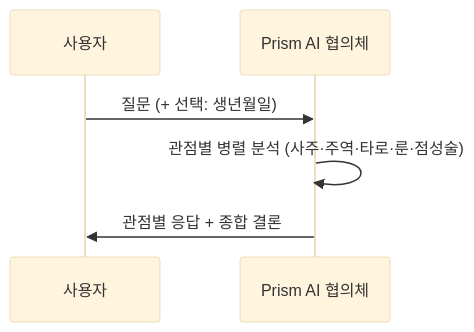
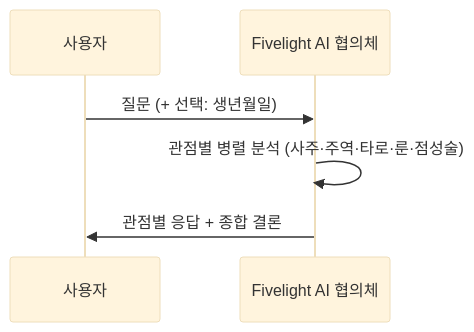
Before and after one commit to Divination-Hub/.github: the second of 2 diagrams in profile/README.md, drawn with Mermaid (base theme). The commit also changed other lines of this file, not shown here.

Commit message:
docs: 앱 이름 Prism → Fivelight (#2)

````diff
--- a/profile/README.md
+++ b/profile/README.md
@@ -29,8 +29,8 @@
 ```mermaid
 sequenceDiagram
     participant U as 사용자
-    participant P as Prism AI 협의체
+    participant P as Fivelight AI 협의체
     U->>P: 질문 (+ 선택: 생년월일)
     P->>P: 관점별 병렬 분석 (사주·주역·타로·룬·점성술)
     P->>U: 관점별 응답 + 종합 결론
 ```
````
